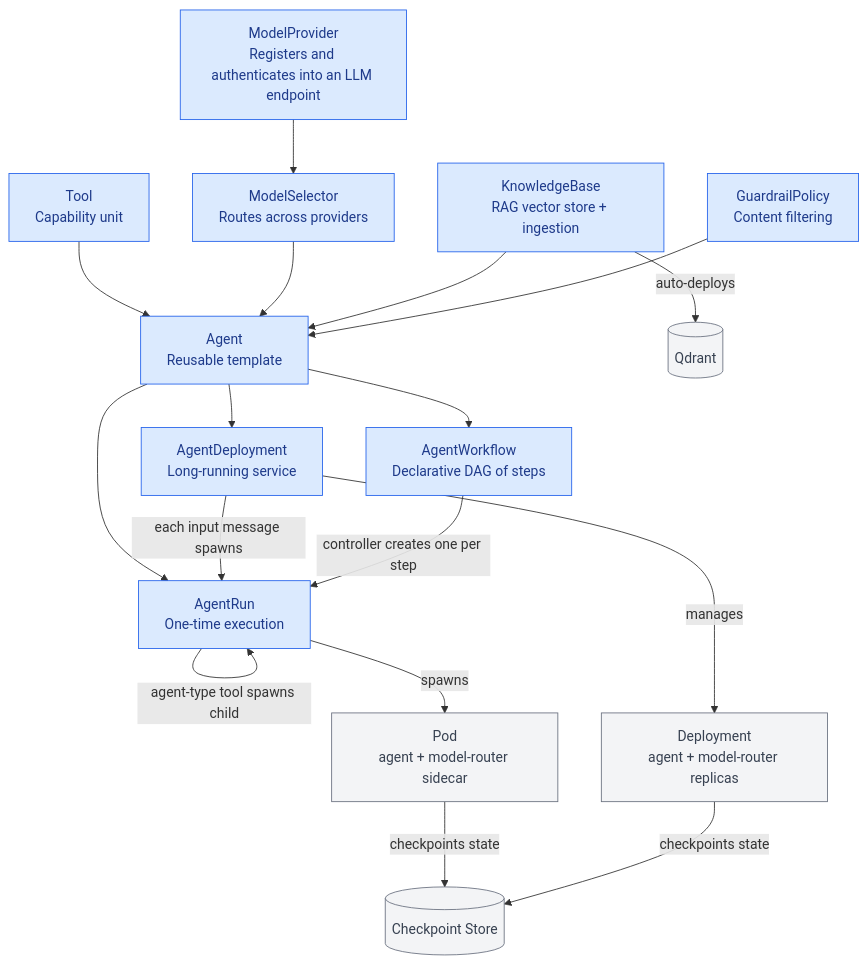
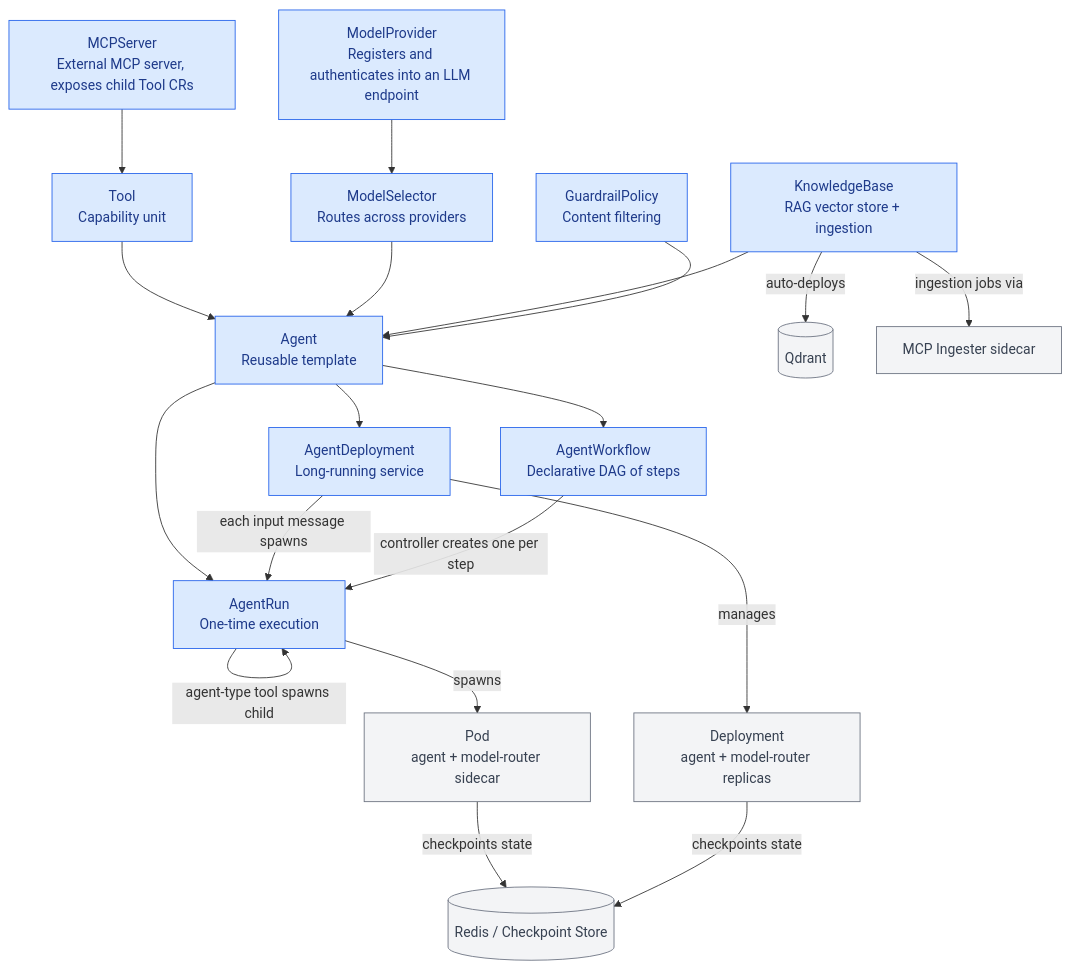
The diagram in README.md (heddles/agent-orca), drawn with Mermaid before and after one commit. The commit also changed other lines of this file, not shown here.

````diff
--- a/README.md
+++ b/README.md
@@ -110,27 +130,29 @@
 ```mermaid
 graph TD
     MP[ModelProvider<br/>Registers and authenticates into an LLM endpoint] --> MS[ModelSelector<br/>Routes across providers]
     T[Tool<br/>Capability unit] --> A[Agent<br/>Reusable template]
+    MCPS[MCPServer<br/>External MCP server, exposes child Tool CRs] --> T
     MS --> A
     KB[KnowledgeBase<br/>RAG vector store + ingestion] --> A
     GP[GuardrailPolicy<br/>Content filtering] --> A
     A --> AR[AgentRun<br/>One-time execution]
     A --> AD[AgentDeployment<br/>Long-running service]
     A --> AW[AgentWorkflow<br/>Declarative DAG of steps]
 
     AD -->|each input message spawns| AR
     AR -->|agent-type tool spawns child| AR
     AW -->|controller creates one per step| AR
 
     AR -->|spawns| Pod1[Pod<br/>agent + model-router sidecar]
     AD -->|manages| Dep[Deployment<br/>agent + model-router replicas]
 
-    Pod1 -->|checkpoints state| CS[(Checkpoint Store)]
+    Pod1 -->|checkpoints state| CS[(Redis / Checkpoint Store)]
     Dep -->|checkpoints state| CS
     KB -->|auto-deploys| QD[(Qdrant)]
+    KB -->|ingestion jobs via| MI[MCP Ingester sidecar]
 
     classDef crd fill:#dbeafe,stroke:#2563eb,color:#1e3a8a
     classDef infra fill:#f3f4f6,stroke:#6b7280,color:#374151
-    class MP,MS,T,A,AR,AD,AW,KB,GP crd
-    class Pod1,Dep,CS,QD infra
+    class MP,MS,T,A,AR,AD,AW,KB,GP,MCPS crd
+    class Pod1,Dep,CS,QD,MI infra
 ```
````
